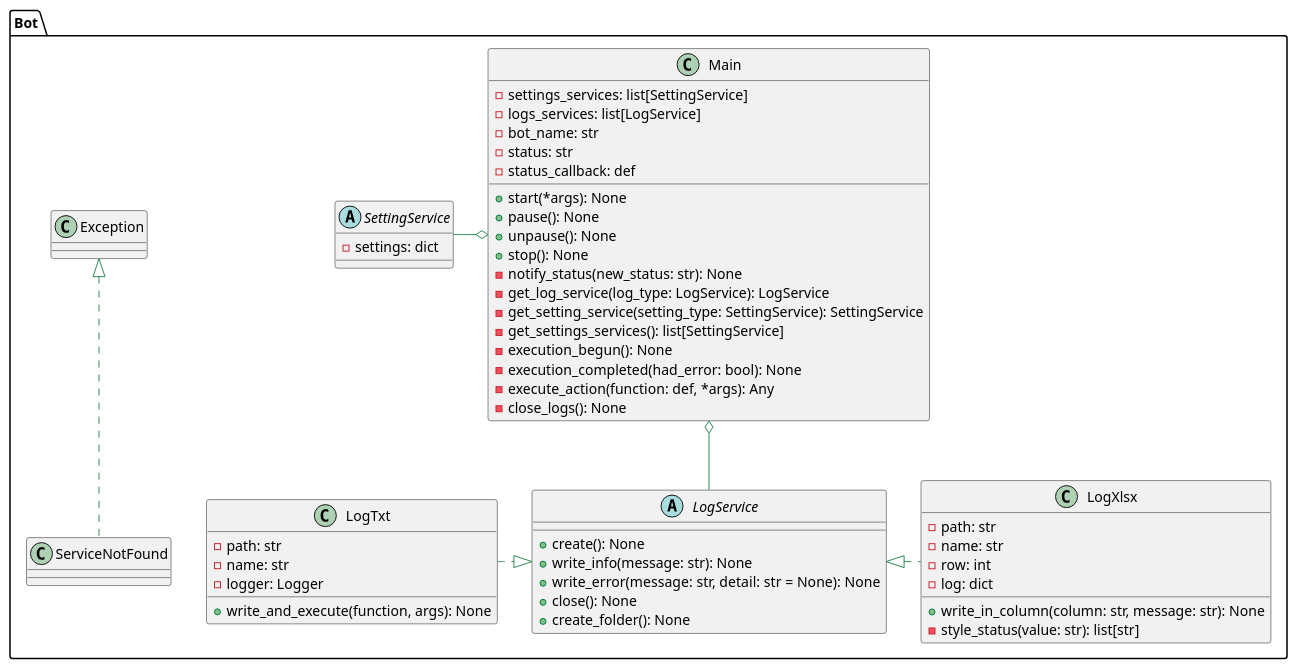
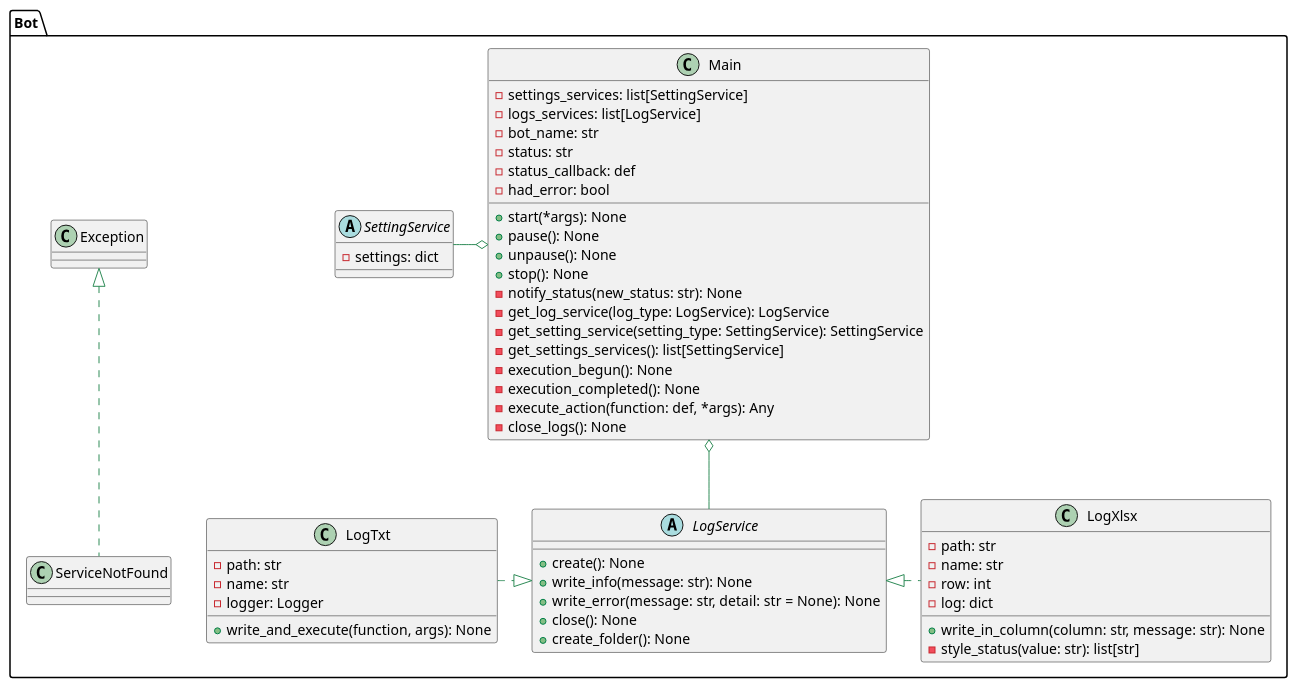
The diagram in diagram.puml (Gabs343/Template-bot), drawn with PlantUML before and after one commit. The commit also changed 1 other file, not shown here.

Commit message:
adding attribute had error

```diff
--- a/diagram.puml
+++ b/diagram.puml
@@ -1,70 +1,71 @@
 @startuml  
 skinparam {
     linetype ortho
     ArrowColor SeaGreen
 }
 
 package Bot{
     class Exception{}
     class ServiceNotFound{}
 
     class Main{
         - settings_services: list[SettingService]
         - logs_services: list[LogService]
         - bot_name: str
         - status: str
         - status_callback: def
+        - had_error: bool
         + start(*args): None
         + pause(): None
         + unpause(): None
         + stop(): None
         - notify_status(new_status: str): None
         - get_log_service(log_type: LogService): LogService
         - get_setting_service(setting_type: SettingService): SettingService
         - get_settings_services(): list[SettingService]
         - execution_begun(): None
-        - execution_completed(had_error: bool): None
+        - execution_completed(): None
         - execute_action(function: def, *args): Any
         - close_logs(): None
     }
 
     abstract SettingService{
         - settings: dict
     }
 
     abstract LogService{
         + create(): None
         + write_info(message: str): None
         + write_error(message: str, detail: str = None): None
         + close(): None
         + create_folder(): None
     }
 
     class LogTxt{
         - path: str
         - name: str
         - logger: Logger
 
         + write_and_execute(function, args): None
     }
 
     class LogXlsx{
         - path: str
         - name: str
         - row: int
         - log: dict
 
         + write_in_column(column: str, message: str): None
         - style_status(value: str): list[str]
     }
 }
 
 Main o-left- SettingService
 Main o-down- LogService
 
 LogService <|.left. LogTxt
 LogService <|.right. LogXlsx
 
 Exception <|.. ServiceNotFound
 
 @enduml 
```
